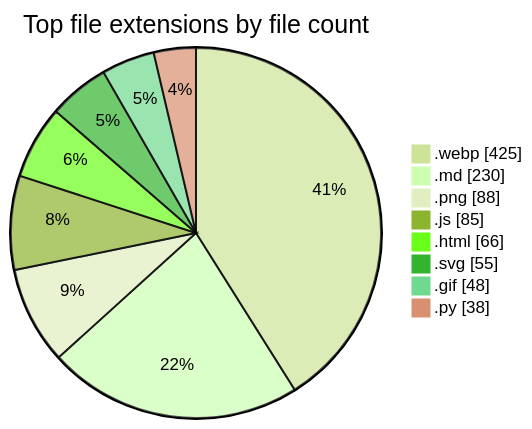
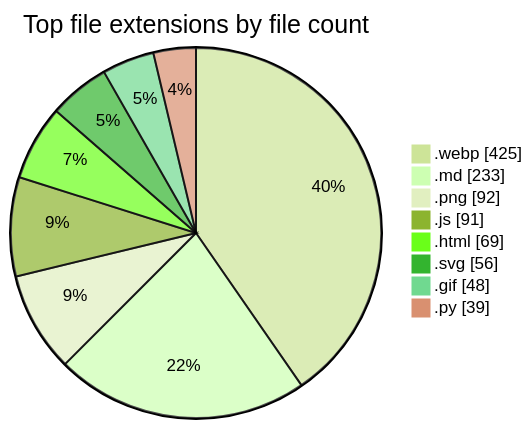
Before and after one commit to tchinso/tchinso: the second of 2 diagrams in README.md, drawn with Mermaid (forest theme). The commit also changed other lines of this file, not shown here.

````diff
--- a/README.md
+++ b/README.md
@@ -53,12 +53,12 @@
 ```mermaid
 pie showData
     title Top file extensions by file count
     ".webp" : 425
-    ".md" : 230
-    ".png" : 88
-    ".js" : 85
-    ".html" : 66
-    ".svg" : 55
+    ".md" : 233
+    ".png" : 92
+    ".js" : 91
+    ".html" : 69
+    ".svg" : 56
     ".gif" : 48
-    ".py" : 38
+    ".py" : 39
 ```
````
